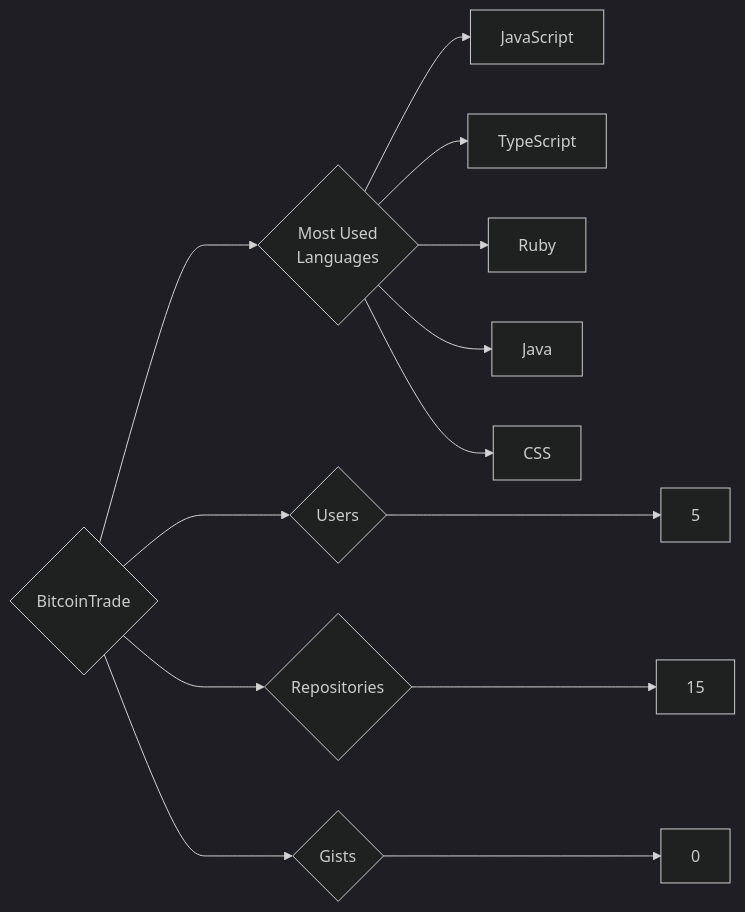
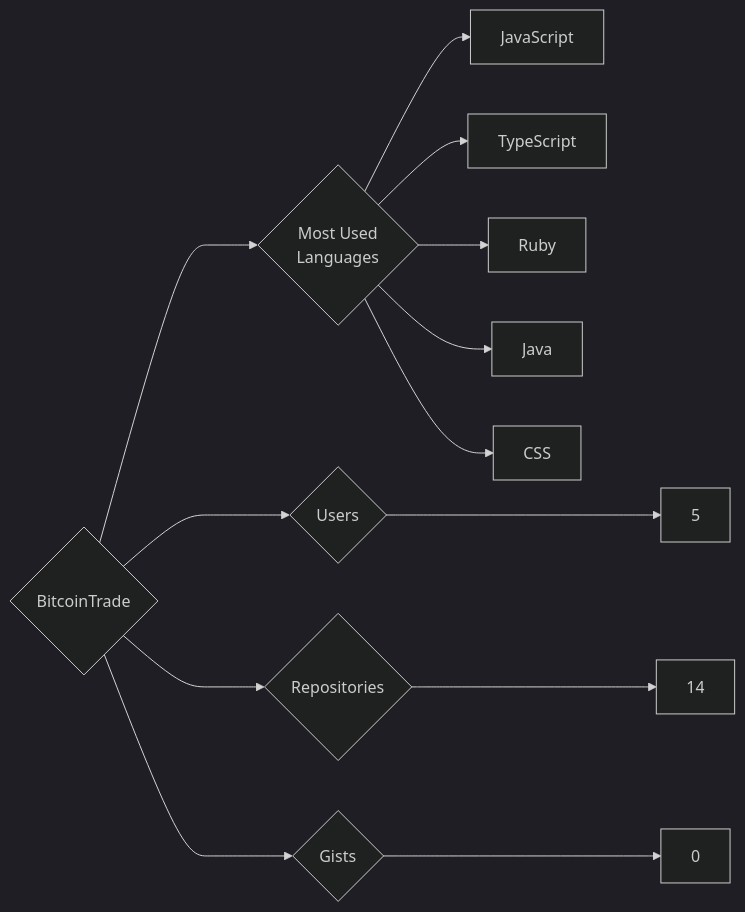
One commit to trickest/insiders changed the diagram in targets/BitcoinTrade/README.md. Above: the diagram before and after it, drawn with Mermaid (dark theme). The commit also changed 964 other files, not shown here.

````diff
--- a/targets/BitcoinTrade/README.md
+++ b/targets/BitcoinTrade/README.md
@@ -3,13 +3,13 @@
 ```mermaid
 graph LR
 COMPANY_NAME{BitcoinTrade}
 COMPANY_NAME ---> U{Users} ---> UN[5]
-COMPANY_NAME ---> R{Repositories} ---> RN[15]
+COMPANY_NAME ---> R{Repositories} ---> RN[14]
 COMPANY_NAME ---> G{Gists} ---> GN[0]
 COMPANY_NAME ---> ML{Most Used<br>Languages}
 ML --> JavaScript[JavaScript]
 ML --> TypeScript[TypeScript]
 ML --> Ruby[Ruby]
 ML --> Java[Java]
 ML --> CSS[CSS]
 ```
````
